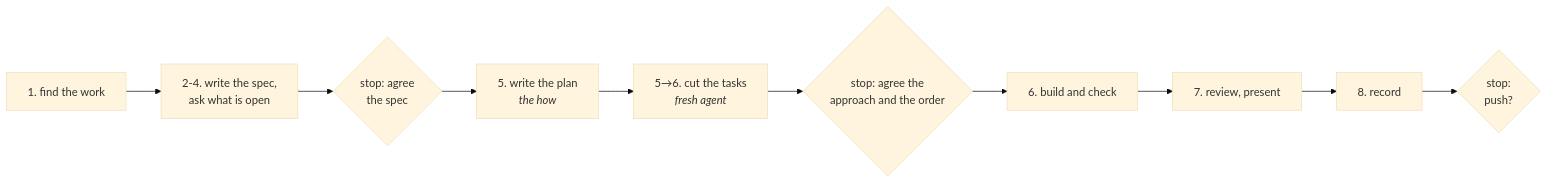
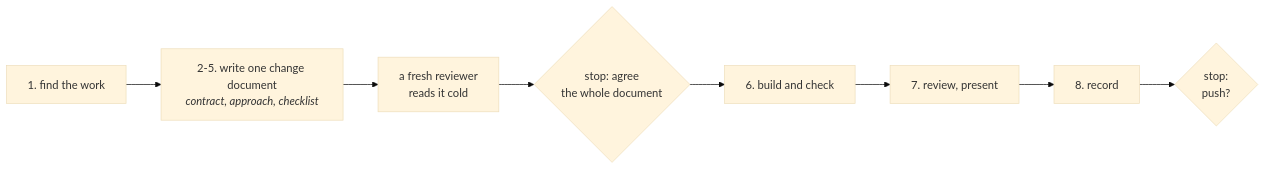
One commit to pausf/libretto-automata changed the second of 2 diagrams in README.md. Above: the diagram before and after it, drawn with Mermaid (base theme). The commit also changed other lines of this file and 3 other files, not shown here.

First line of the commit message:
docs(readme): one stop before code, then the push

````diff
--- a/README.md
+++ b/README.md
@@ -54,12 +54,10 @@
 ```mermaid
 flowchart LR
-    f1["1. find the work"] --> f2["2-4. write the spec,<br/>ask what is open"]
-    f2 --> s1{"stop: agree<br/>the spec"}
-    s1 --> f5["5. write the plan<br/><i>the how</i>"]
-    f5 --> c5["5→6. cut the tasks<br/><i>fresh agent</i>"]
-    c5 --> s2{"stop: agree the<br/>approach and the order"}
-    s2 --> f6["6. build and check"]
+    f1["1. find the work"] --> f2["2-5. write one change document<br/><i>contract, approach, checklist</i>"]
+    f2 --> r1["a fresh reviewer<br/>reads it cold"]
+    r1 --> s1{"stop: agree<br/>the whole document"}
+    s1 --> f6["6. build and check"]
     f6 --> f7["7. review, present"]
     f7 --> f8["8. record"]
-    f8 --> s3{"stop:<br/>push?"}
+    f8 --> s2{"stop:<br/>push?"}
 ```
````
